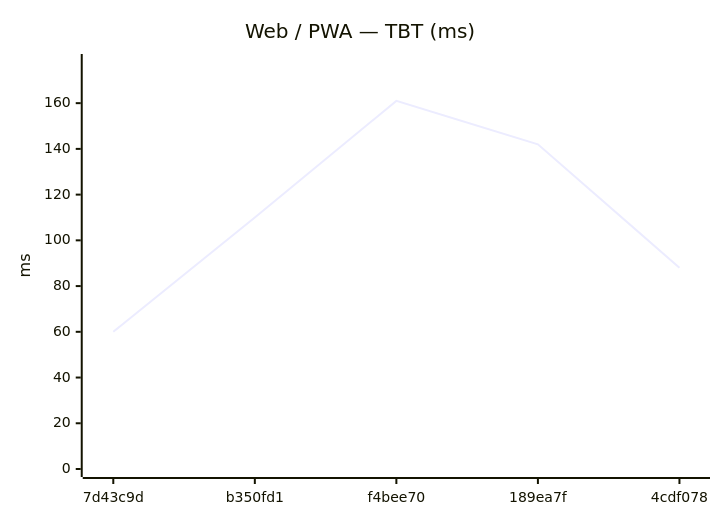
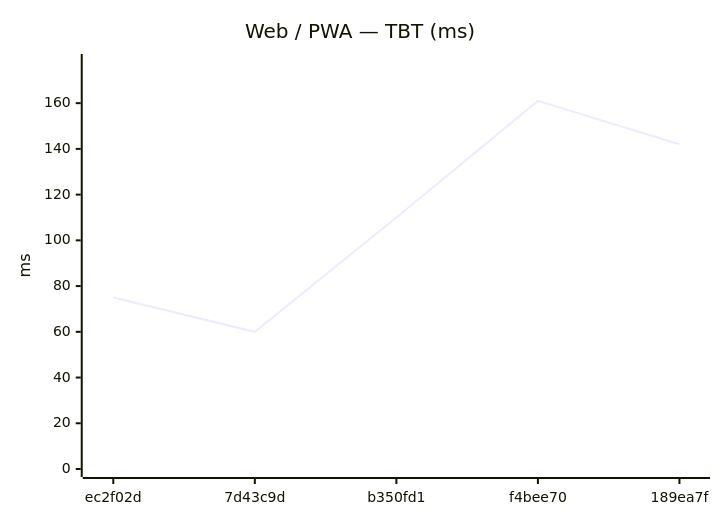
Before and after one commit to Metaheurist/Rianell: the eighth of 18 diagrams in benchmarks/compare.md, drawn with Mermaid. The commit also changed other lines of this file and 11 other files, not shown here.

````diff
--- a/benchmarks/compare.md
+++ b/benchmarks/compare.md
@@ -124,7 +124,7 @@
 ```mermaid
 xychart-beta
     title "Web / PWA — TBT (ms)"
-    x-axis ["7d43c9d", "b350fd1", "f4bee70", "189ea7f", "4cdf078"]
+    x-axis ["ec2f02d", "7d43c9d", "b350fd1", "f4bee70", "189ea7f"]
     y-axis "ms" 0 --> 178
-    line [60, 110, 161, 142, 88]
+    line [75, 60, 110, 161, 142]
 ```
````
